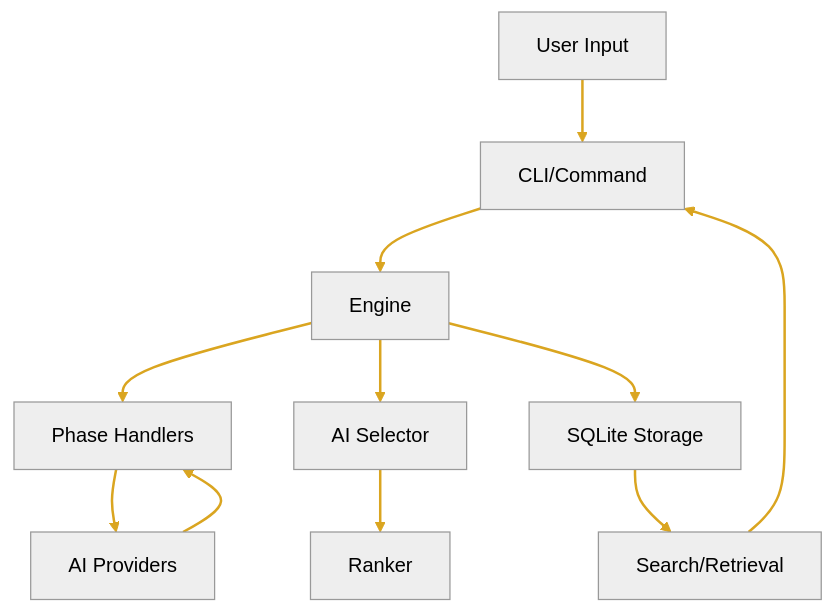
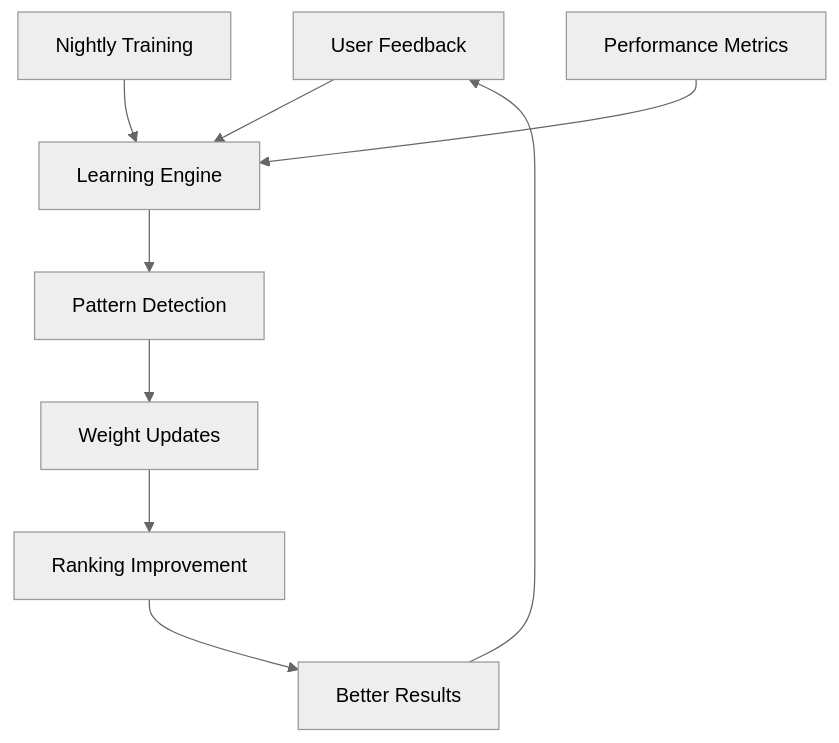
The third of 11 diagrams in docs/architecture.md (jonwraymond/prompt-alchemy), drawn with Mermaid (neutral theme) before and after one commit. The commit also changed other lines of this file, not shown here.

First line of the commit message:
docs: Create comprehensive Architecture documentation

````diff
--- a/docs/architecture.md
+++ b/docs/architecture.md
@@ -20,14 +227,12 @@
 ```mermaid
 graph TD
-A[User Input] --> B[CLI/Command]
-B --> C[Engine]
-C --> D[Phase Handlers]
-D --> E[AI Providers]
-E --> D
-C --> F[AI Selector]
-F --> G[Ranker]
-C --> H[SQLite Storage]
-H --> I[Search/Retrieval]
-I --> B
-linkStyle default stroke:#DAA520,stroke-width:2px
+    A[User Feedback] --> B[Learning Engine]
+    B --> C[Pattern Detection]
+    C --> D[Weight Updates]
+    D --> E[Ranking Improvement]
+    E --> F[Better Results]
+    F --> A
+    
+    G[Nightly Training] --> B
+    H[Performance Metrics] --> B
 ```
````
